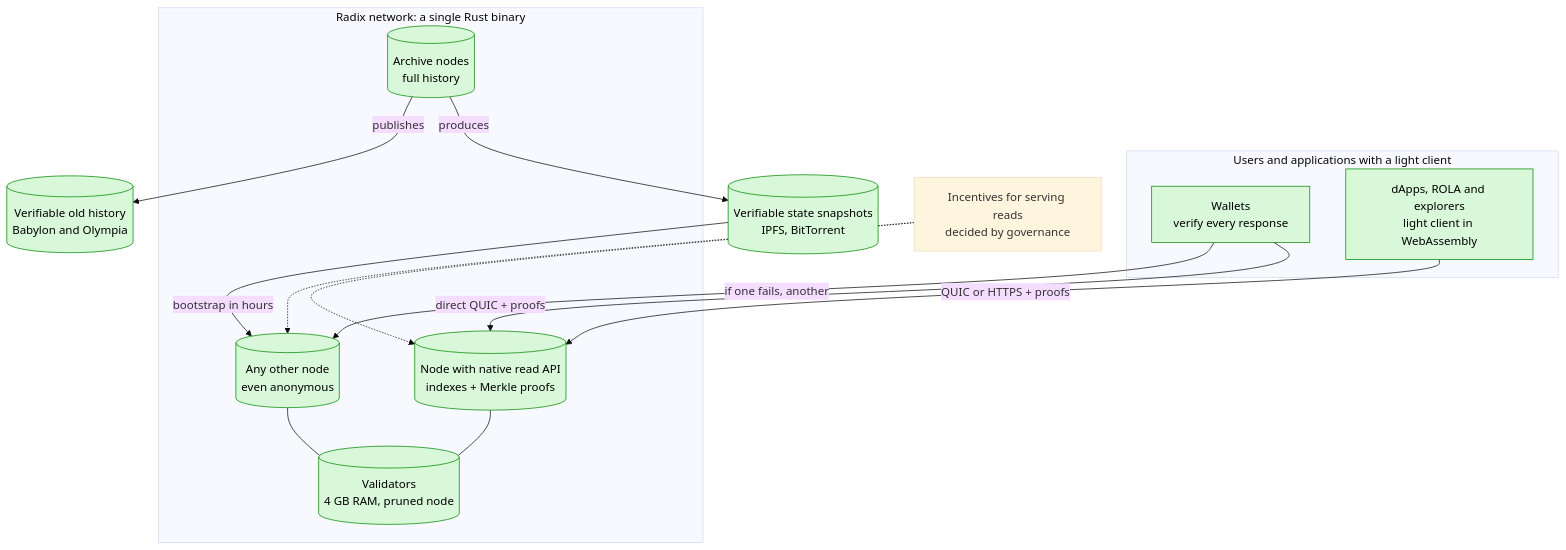
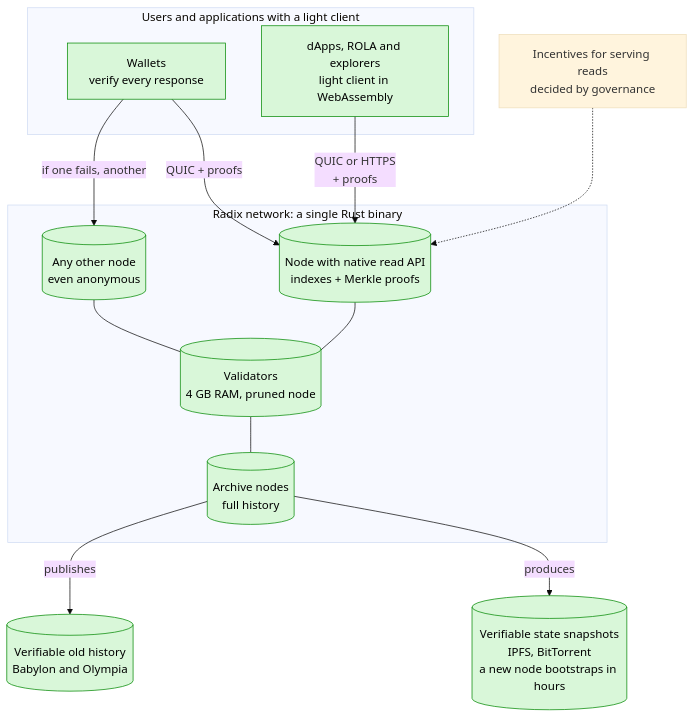
Before and after one commit to dazligth/radix-decentralization-roadmap: the fifth of 7 diagrams in docs/en/06-recommended-solution.md, drawn with Mermaid (base theme). The commit also changed other lines of this file and 9 other files, not shown here.

First line of the commit message:
Redesign diagrams for readability on GitHub

````diff
--- a/docs/en/06-recommended-solution.md
+++ b/docs/en/06-recommended-solution.md
@@ -202,28 +186,27 @@
 ```mermaid
 flowchart TB
     subgraph APPS["Users and applications with a light client"]
         W["Wallets<br/>verify every response"]
         DAPP["dApps, ROLA and explorers<br/>light client in WebAssembly"]
     end
     subgraph NET["Radix network: a single Rust binary"]
+        N2[("Any other node<br/>even anonymous")]
+        N1[("Node with native read API<br/>indexes + Merkle proofs")]
         V[("Validators<br/>4 GB RAM, pruned node")]
-        N1[("Node with native read API<br/>indexes + Merkle proofs")]
-        N2[("Any other node<br/>even anonymous")]
         A[("Archive nodes<br/>full history")]
+        N1 --- V
+        N2 --- V
+        V --- A
     end
-    SNAP[("Verifiable state snapshots<br/>IPFS, BitTorrent")]
+    SNAP[("Verifiable state snapshots<br/>IPFS, BitTorrent<br/>a new node bootstraps in hours")]
     HIST[("Verifiable old history<br/>Babylon and Olympia")]
     INC["Incentives for serving reads<br/>decided by governance"]
-    W -- "direct QUIC + proofs" --> N1
-    W -- "if one fails, another" --> N2
-    DAPP -- "QUIC or HTTPS + proofs" --> N1
-    N1 --- V
-    N2 --- V
-    A -- "produces" --> SNAP
-    SNAP -- "bootstrap in hours" --> N2
-    A -- "publishes" --> HIST
+    W -->|"QUIC + proofs"| N1
+    W -->|"if one fails, another"| N2
+    DAPP -->|"QUIC or HTTPS<br/>+ proofs"| N1
     INC -.-> N1
-    INC -.-> N2
+    A -->|"produces"| SNAP
+    A -->|"publishes"| HIST
     classDef good fill:#d9f7d9,stroke:#080,color:#000
     class W,DAPP,V,N1,N2,A,SNAP,HIST good
 ```
````
